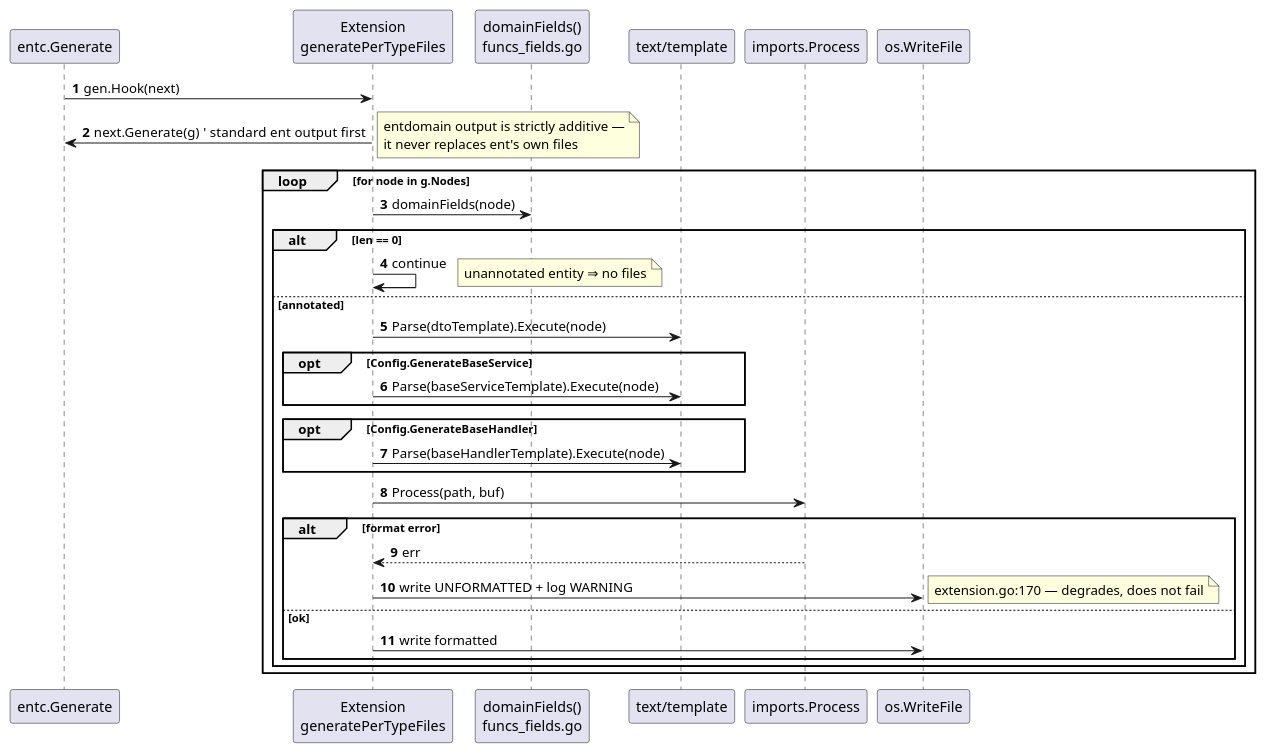
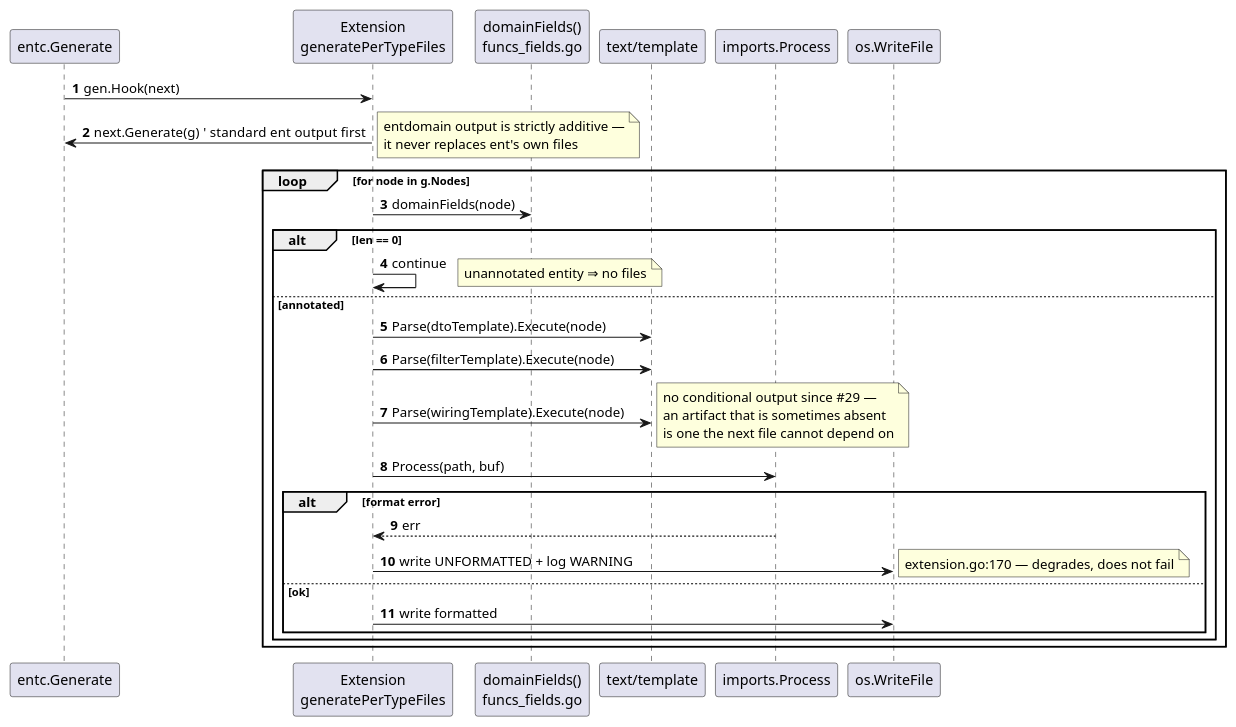
One commit to githonllc/entapi changed the fourth of 5 diagrams in ARCHITECTURE.md. Above: the diagram before and after it, drawn with PlantUML. The commit also changed other lines of this file and 123 other files, not shown here.

````diff
--- a/ARCHITECTURE.md
+++ b/ARCHITECTURE.md
@@ -225,38 +225,35 @@
 ```plantuml
 @startuml
 autonumber
 participant "entc.Generate" as ENTC
 participant "Extension\ngeneratePerTypeFiles" as EXT
 participant "domainFields()\nfuncs_fields.go" as FF
 participant "text/template" as TT
 participant "imports.Process" as IMP
 participant "os.WriteFile" as FS
 
 ENTC -> EXT : gen.Hook(next)
 EXT -> ENTC : next.Generate(g)  ' standard ent output first
 note right : entdomain output is strictly additive —\nit never replaces ent's own files
 loop for node in g.Nodes
   EXT -> FF : domainFields(node)
   alt len == 0
     EXT -> EXT : continue
     note right: unannotated entity ⇒ no files
   else annotated
     EXT -> TT : Parse(dtoTemplate).Execute(node)
-    opt Config.GenerateBaseService
-      EXT -> TT : Parse(baseServiceTemplate).Execute(node)
-    end
-    opt Config.GenerateBaseHandler
-      EXT -> TT : Parse(baseHandlerTemplate).Execute(node)
-    end
+    EXT -> TT : Parse(filterTemplate).Execute(node)
+    EXT -> TT : Parse(wiringTemplate).Execute(node)
+    note right: no conditional output since #29 —\nan artifact that is sometimes absent\nis one the next file cannot depend on
     EXT -> IMP : Process(path, buf)
     alt format error
       IMP --> EXT : err
       EXT -> FS : write UNFORMATTED + log WARNING
       note right: extension.go:170 — degrades, does not fail
     else ok
       EXT -> FS : write formatted
     end
   end
 end
 @enduml
 ```
````
